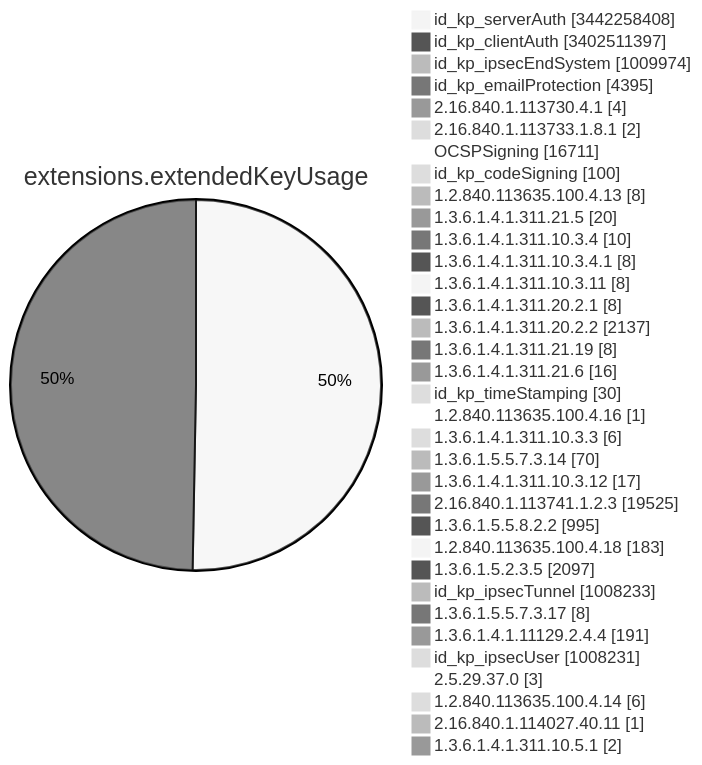
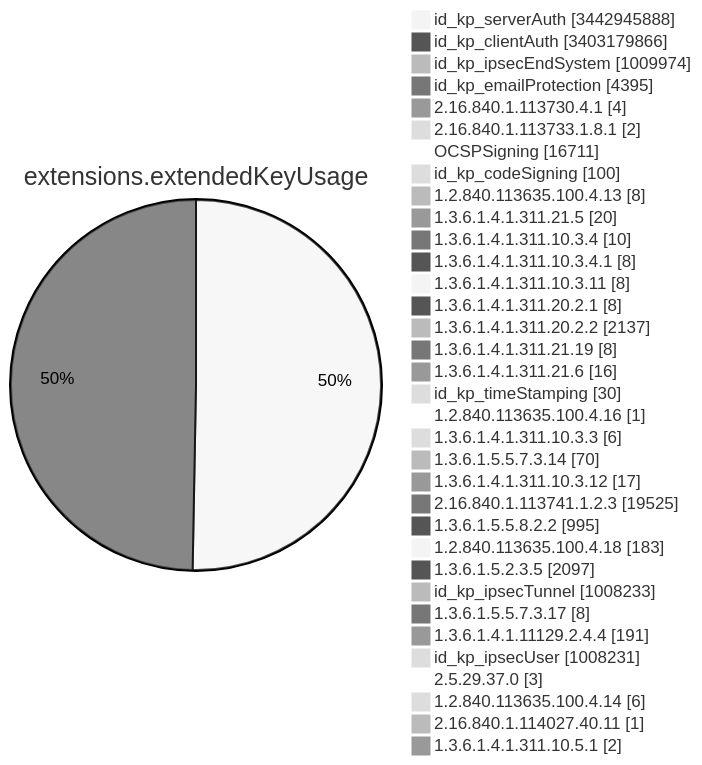
One commit to christiankrug/ctmonitor_visualization changed diagram 11 of 15 in TOTAL/README.md. Above: the diagram before and after it, drawn with Mermaid (neutral theme). The commit also changed other lines of this file, not shown here.

````diff
--- a/TOTAL/README.md
+++ b/TOTAL/README.md
@@ -4123,38 +4123,38 @@
 ```mermaid
 pie showData
 title extensions.extendedKeyUsage
-"id_kp_serverAuth" :3442258408
-"id_kp_clientAuth" :3402511397
+"id_kp_serverAuth" :3442945888
+"id_kp_clientAuth" :3403179866
 "id_kp_ipsecEndSystem" :1009974
 "id_kp_emailProtection" :4395
 "2.16.840.1.113730.4.1" :4
 "2.16.840.1.113733.1.8.1" :2
 "OCSPSigning" :16711
 "id_kp_codeSigning" :100
 "1.2.840.113635.100.4.13" :8
 "1.3.6.1.4.1.311.21.5" :20
 "1.3.6.1.4.1.311.10.3.4" :10
 "1.3.6.1.4.1.311.10.3.4.1" :8
 "1.3.6.1.4.1.311.10.3.11" :8
 "1.3.6.1.4.1.311.20.2.1" :8
 "1.3.6.1.4.1.311.20.2.2" :2137
 "1.3.6.1.4.1.311.21.19" :8
 "1.3.6.1.4.1.311.21.6" :16
 "id_kp_timeStamping" :30
 "1.2.840.113635.100.4.16" :1
 "1.3.6.1.4.1.311.10.3.3" :6
 "1.3.6.1.5.5.7.3.14" :70
 "1.3.6.1.4.1.311.10.3.12" :17
 "2.16.840.1.113741.1.2.3" :19525
 "1.3.6.1.5.5.8.2.2" :995
 "1.2.840.113635.100.4.18" :183
 "1.3.6.1.5.2.3.5" :2097
 "id_kp_ipsecTunnel" :1008233
 "1.3.6.1.5.5.7.3.17" :8
 "1.3.6.1.4.1.11129.2.4.4" :191
 "id_kp_ipsecUser" :1008231
 "2.5.29.37.0" :3
 "1.2.840.113635.100.4.14" :6
 "2.16.840.1.114027.40.11" :1
 "1.3.6.1.4.1.311.10.5.1" :2
 ```
````
